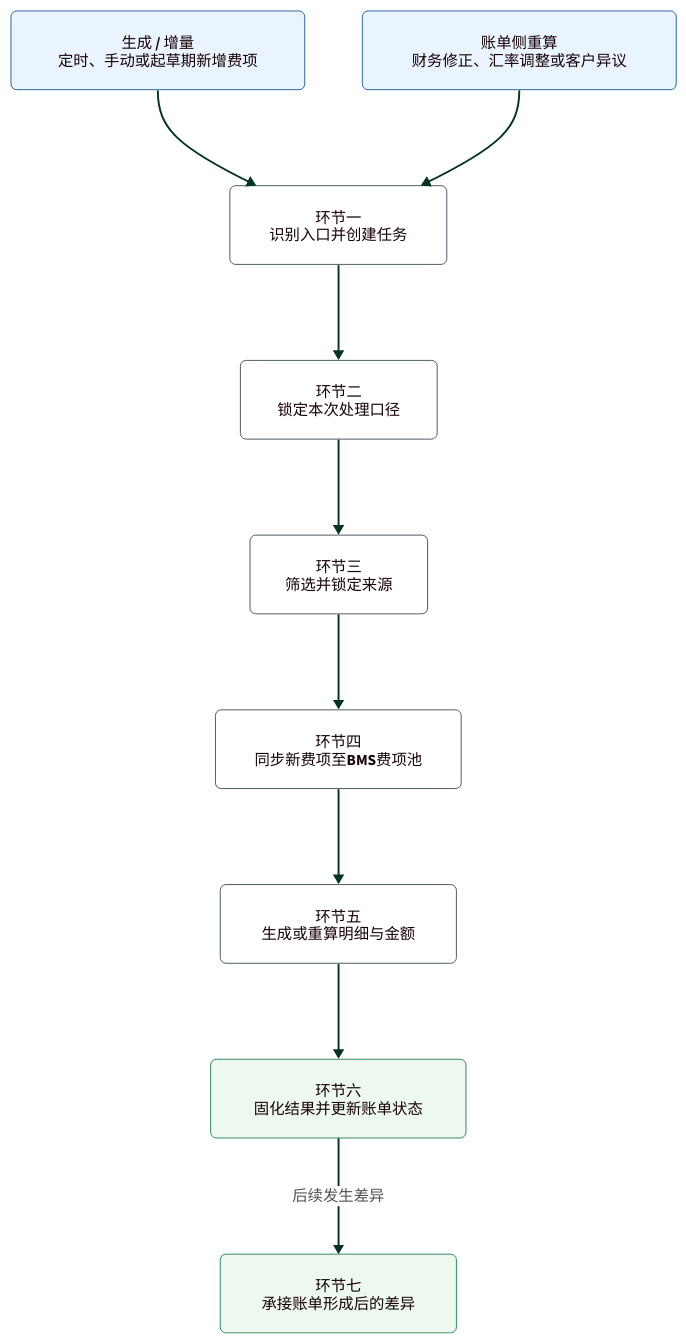
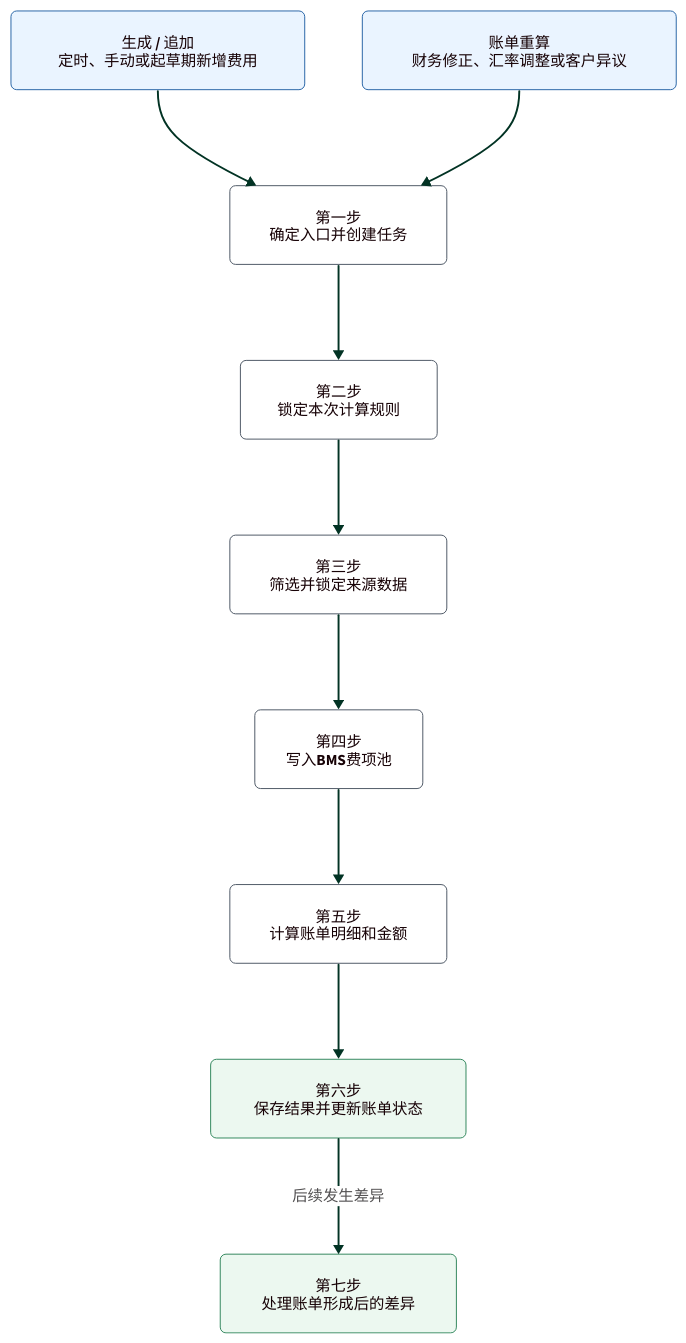
One commit to jack888332/projects-doc changed the fourth of 20 diagrams in product-caliber/bms/prd/财务系统.PRD.md. Above: the diagram before and after it, drawn with D2. The commit also changed other lines of this file and 1 other file, not shown here.

````diff
--- a/product-caliber/bms/prd/财务系统.PRD.md
+++ b/product-caliber/bms/prd/财务系统.PRD.md
@@ -749,52 +756,52 @@
 ```d2
 vars: {
   d2-config: {
     layout-engine: elk
     theme-id: 104
   }
   d2-elk-config: {
     "elk.direction": "RIGHT"
     "elk.layered.spacing.nodeNodeBetweenLayers": 24
   }
 }
 
 classes: {
   step: {
     style.fill: "#FFFFFF"
     style.stroke: "#4B5563"
     style.stroke-width: 1
     style.border-radius: 6
     style.font-size: 16
   }
   entry: {
     style.fill: "#EAF4FF"
     style.stroke: "#2563A6"
     style.stroke-width: 1
     style.border-radius: 6
     style.font-size: 16
   }
   result: {
     style.fill: "#ECF8F0"
     style.stroke: "#2F855A"
     style.stroke-width: 1
     style.border-radius: 6
     style.font-size: 16
   }
 }
 
-generate: "生成 / 增量\n定时、手动或起草期新增费项" { class: entry }
-recalculate: "账单侧重算\n财务修正、汇率调整或客户异议" { class: entry }
+generate: "生成 / 追加\n定时、手动或起草期新增费用" { class: entry }
+recalculate: "账单重算\n财务修正、汇率调整或客户异议" { class: entry }
 
-step1: "环节一\n识别入口并创建任务" { class: step }
-step2: "环节二\n锁定本次处理口径" { class: step }
-step3: "环节三\n筛选并锁定来源" { class: step }
-step4: "环节四\n同步新费项至BMS费项池" { class: step }
-step5: "环节五\n生成或重算明细与金额" { class: step }
-step6: "环节六\n固化结果并更新账单状态" { class: result }
-step7: "环节七\n承接账单形成后的差异" { class: result }
+step1: "第一步\n确定入口并创建任务" { class: step }
+step2: "第二步\n锁定本次计算规则" { class: step }
+step3: "第三步\n筛选并锁定来源数据" { class: step }
+step4: "第四步\n写入BMS费项池" { class: step }
+step5: "第五步\n计算账单明细和金额" { class: step }
+step6: "第六步\n保存结果并更新账单状态" { class: result }
+step7: "第七步\n处理账单形成后的差异" { class: result }
 
 generate -> step1
 recalculate -> step1
 step1 -> step2 -> step3 -> step4 -> step5 -> step6
 step6 -> step7: "后续发生差异"
 ```
````
